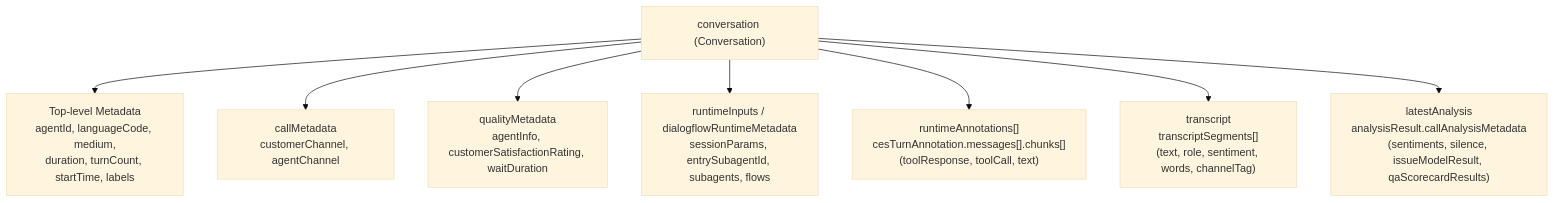
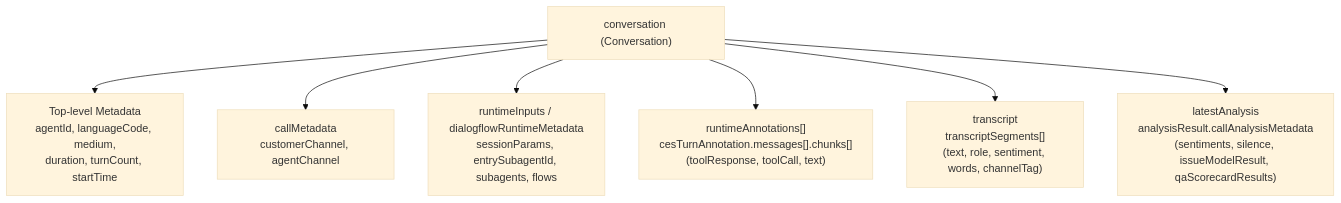
One commit to GoogleCloudPlatform/cxas-scrapi changed the diagram in .agents/skills/cxas-autolabel-rules/references/cel_cookbook.md. Above: the diagram before and after it, drawn with Mermaid (base theme). The commit also changed other lines of this file, not shown here.

Commit message:
docs(skills): remove conversation.labels and qualityMetadata from cel_cookbook

````diff
--- a/.agents/skills/cxas-autolabel-rules/references/cel_cookbook.md
+++ b/.agents/skills/cxas-autolabel-rules/references/cel_cookbook.md
@@ -24,11 +24,10 @@
 ```mermaid
 graph TD
     Conv["conversation (Conversation)"]
-    Conv --> Meta["Top-level Metadata<br/>agentId, languageCode, medium,<br/>duration, turnCount, startTime, labels"]
+    Conv --> Meta["Top-level Metadata<br/>agentId, languageCode, medium,<br/>duration, turnCount, startTime"]
     Conv --> CallMeta["callMetadata<br/>customerChannel, agentChannel"]
-    Conv --> QualMeta["qualityMetadata<br/>agentInfo, customerSatisfactionRating, waitDuration"]
     Conv --> Runtime["runtimeInputs / dialogflowRuntimeMetadata<br/>sessionParams, entrySubagentId, subagents, flows"]
     Conv --> Annotations["runtimeAnnotations[]<br/>cesTurnAnnotation.messages[].chunks[]<br/>(toolResponse, toolCall, text)"]
     Conv --> Transcript["transcript<br/>transcriptSegments[]<br/>(text, role, sentiment, words, channelTag)"]
     Conv --> Analysis["latestAnalysis<br/>analysisResult.callAnalysisMetadata<br/>(sentiments, silence, issueModelResult, qaScorecardResults)"]
 ```
````
